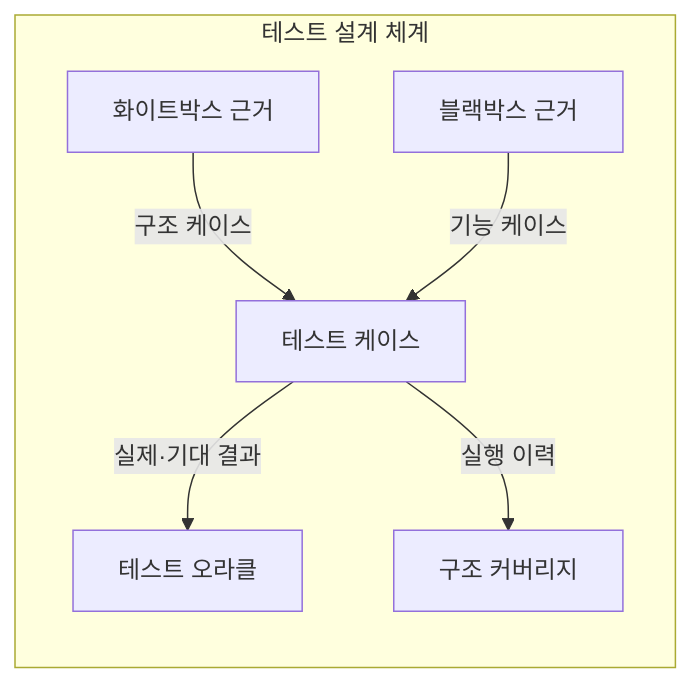
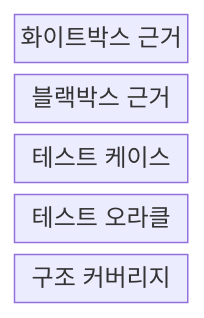
The first of 2 diagrams in src/content/docs/notes/03-software/060_whitebox_blackbox_testing.md (agnusdei1207/knowledge-base), drawn with Mermaid before and after one commit. The commit also changed other lines of this file and 20 other files, not shown here.

````diff
--- a/src/content/docs/notes/03-software/060_whitebox_blackbox_testing.md
+++ b/src/content/docs/notes/03-software/060_whitebox_blackbox_testing.md
@@ -60,14 +57,9 @@
 ```mermaid
-flowchart LR
-    subgraph T[테스트 설계 체계]
-        W[화이트박스 근거]
-        B[블랙박스 근거]
-        C[테스트 케이스]
-        O[테스트 오라클]
-        V[구조 커버리지]
-        W -->|구조 케이스| C
-        B -->|기능 케이스| C
-        C -->|실제·기대 결과| O
-        C -->|실행 이력| V
-    end
+block
+  columns 1
+  W["화이트박스 근거"]
+  B["블랙박스 근거"]
+  C["테스트 케이스"]
+  O["테스트 오라클"]
+  V["구조 커버리지"]
 ```
````
